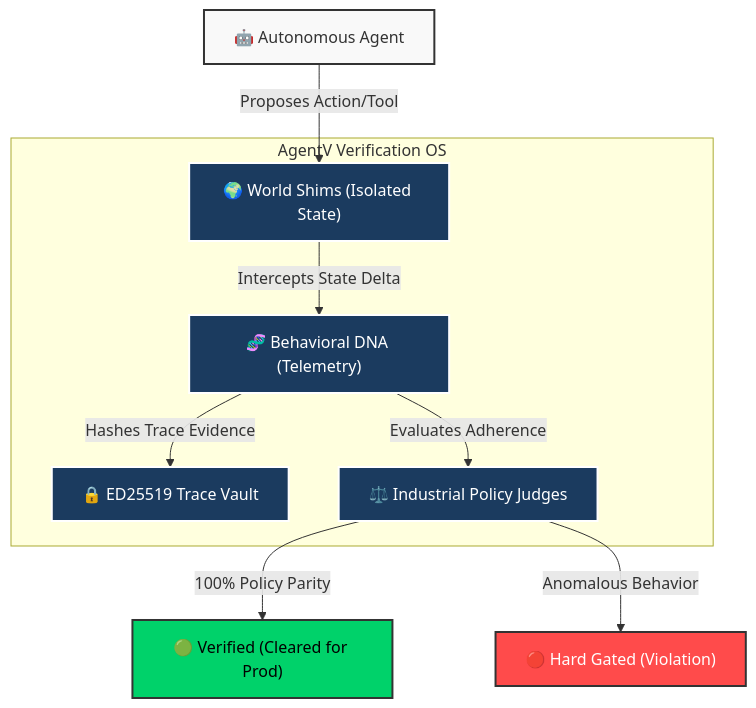
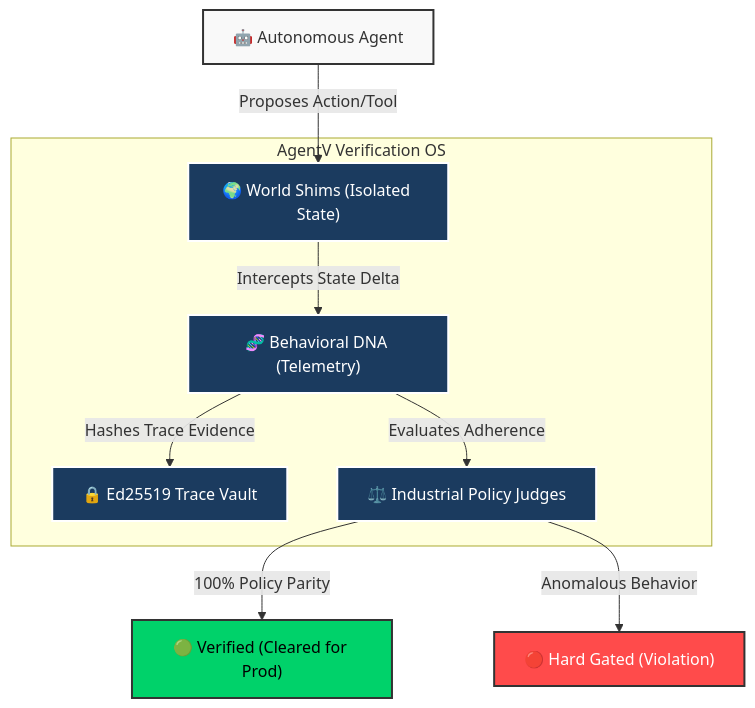
One commit to najeed/ai-agent-eval-harness changed the diagram in README.md. Above: the diagram before and after it, drawn with Mermaid. The commit also changed other lines of this file and 74 other files, not shown here.

````diff
--- a/README.md
+++ b/README.md
@@ -19,26 +19,26 @@
 ```mermaid
 graph TD
     classDef agent fill:#f9f9f9,stroke:#333,stroke-width:2px;
     classDef os fill:#1B3B5F,stroke:#fff,stroke-width:2px,color:#fff;
     classDef pass fill:#00d26a,stroke:#333,stroke-width:2px,color:#000;
     classDef fail fill:#ff4b4b,stroke:#333,stroke-width:2px,color:#fff;
 
     Agent["🤖 Autonomous Agent"]:::agent
     
     subgraph "AgentV Verification OS"
         Sim["🌍 World Shims (Isolated State)"]:::os
         Tel["🧬 Behavioral DNA (Telemetry)"]:::os
-        Vault["🔒 ED25519 Trace Vault"]:::os
+        Vault["🔒 Ed25519 Trace Vault"]:::os
         Judge["⚖️ Industrial Policy Judges"]:::os
     end
     
     Pass["🟢 Verified (Cleared for Prod)"]:::pass
     Fail["🔴 Hard Gated (Violation)"]:::fail
 
     Agent -- "Proposes Action/Tool" --> Sim
     Sim -- "Intercepts State Delta" --> Tel
     Tel -- "Hashes Trace Evidence" --> Vault
     Tel -- "Evaluates Adherence" --> Judge
     Judge -- "100% Policy Parity" --> Pass
     Judge -- "Anomalous Behavior" --> Fail
 ```
````
